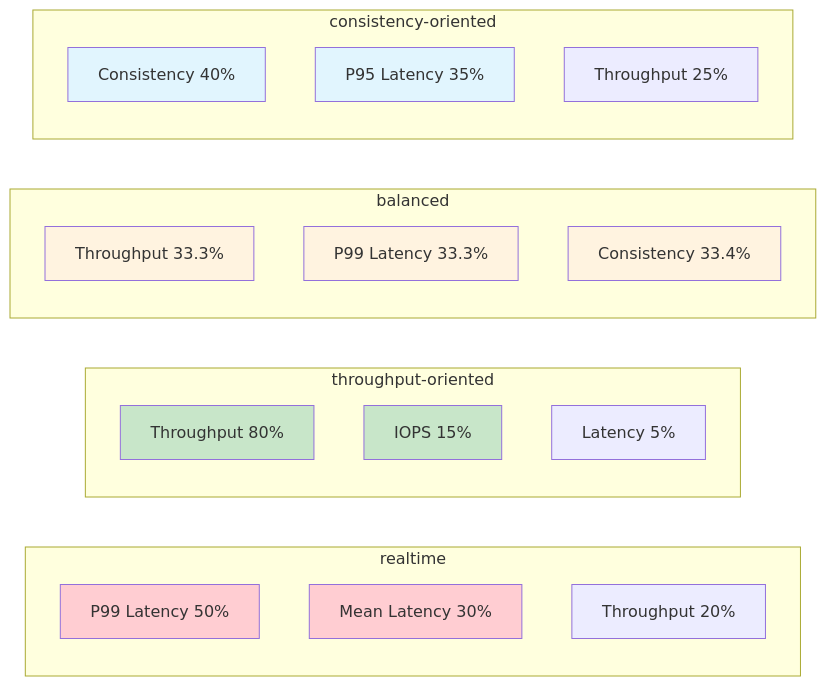
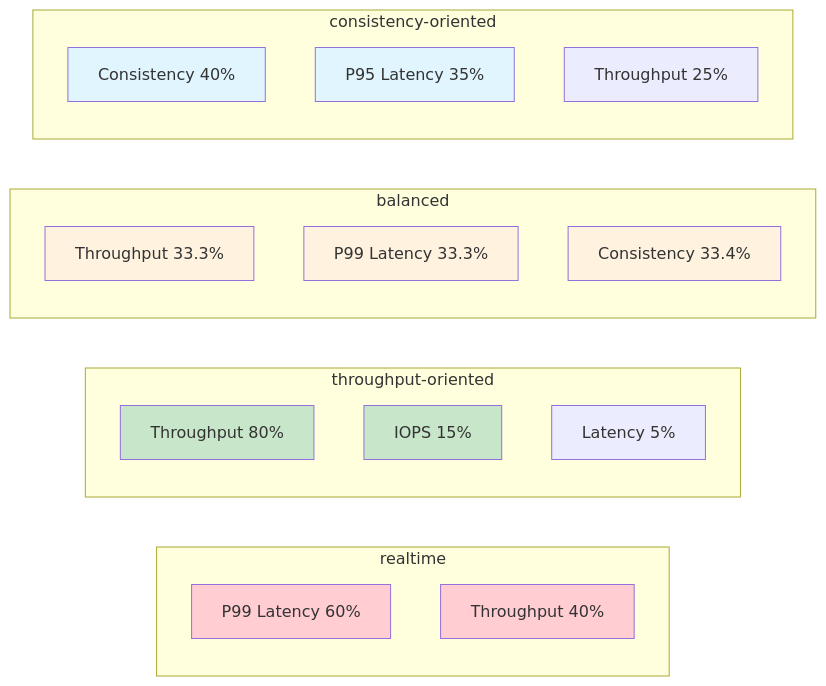
One commit to jshook/perfscripts changed the second of 2 diagrams in analyzer/docs/ranking-functions.md. Above: the diagram before and after it, drawn with Mermaid. The commit also changed other lines of this file and 3 other files, not shown here.

````diff
--- a/analyzer/docs/ranking-functions.md
+++ b/analyzer/docs/ranking-functions.md
@@ -131,36 +124,35 @@
 ```mermaid
 graph LR
     subgraph "realtime"
-        A1[P99 Latency 50%]
-        A2[Mean Latency 30%]
-        A3[Throughput 20%]
+        A1[P99 Latency 60%]
+        A2[Throughput 40%]
     end
     
     subgraph "throughput-oriented"
         B1[Throughput 80%]
         B2[IOPS 15%]
         B3[Latency 5%]
     end
     
     subgraph "balanced"
         C1[Throughput 33.3%]
         C2[P99 Latency 33.3%]
         C3[Consistency 33.4%]
     end
     
     subgraph "consistency-oriented"
         D1[Consistency 40%]
         D2[P95 Latency 35%]
         D3[Throughput 25%]
     end
     
     style A1 fill:#ffcdd2
     style A2 fill:#ffcdd2
     style B1 fill:#c8e6c9
     style B2 fill:#c8e6c9
     style C1 fill:#fff3e0
     style C2 fill:#fff3e0
     style C3 fill:#fff3e0
     style D1 fill:#e1f5fe
     style D2 fill:#e1f5fe
 ```
````
